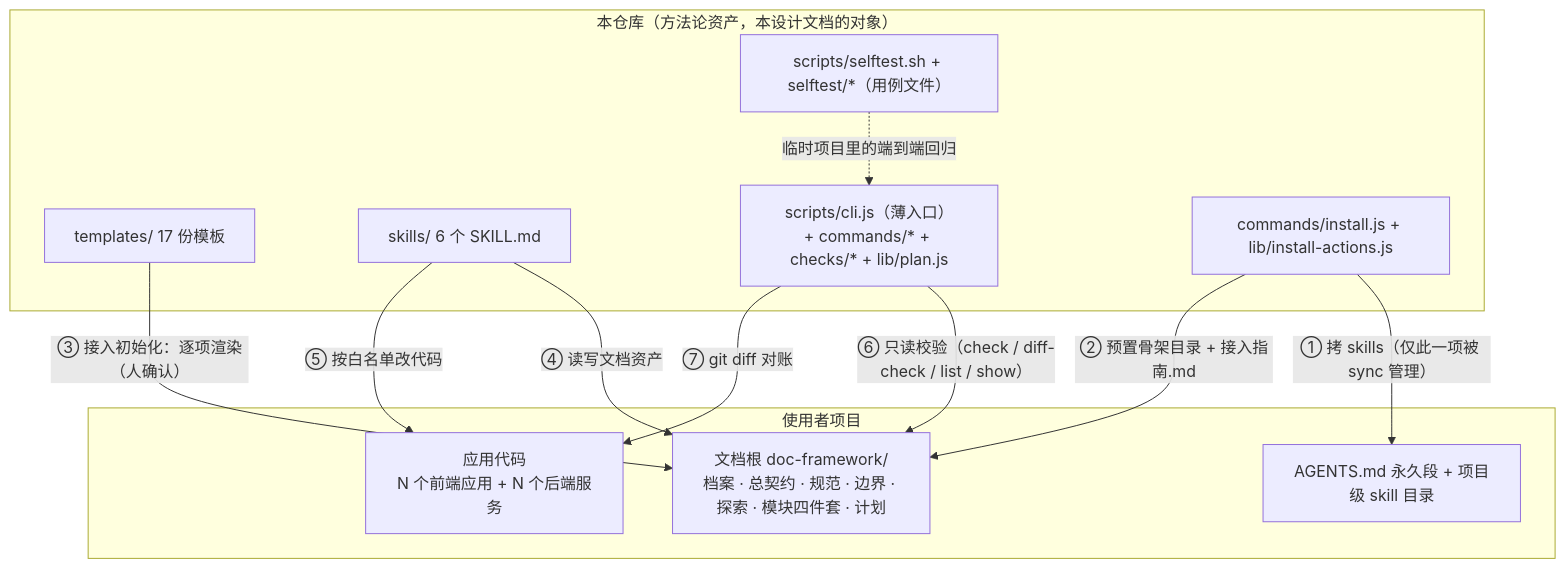
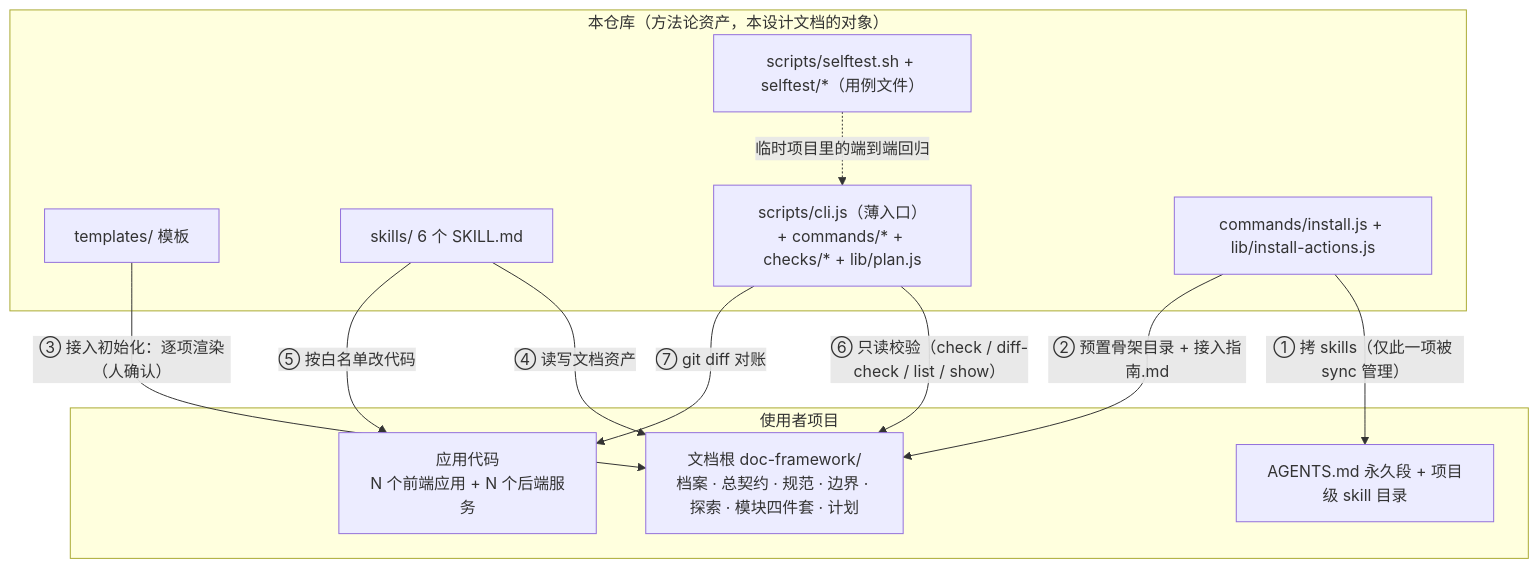
Before and after one commit to knight-peter/doc-framework: the first of 3 diagrams in docs/设计文档.md, drawn with Mermaid. The commit also changed other lines of this file and 7 other files, not shown here.

````diff
--- a/docs/设计文档.md
+++ b/docs/设计文档.md
@@ -40,23 +40,23 @@
 ```mermaid
 flowchart TB
     subgraph REPO["本仓库（方法论资产，本设计文档的对象）"]
-        TPL["templates/ 17 份模板"]
+        TPL["templates/ 模板"]
         SKL["skills/ 6 个 SKILL.md"]
         CLI["scripts/cli.js（薄入口）<br/>+ commands/* + checks/* + lib/plan.js"]
         INS["commands/install.js + lib/install-actions.js"]
         ST["scripts/selftest.sh + selftest/*（用例文件）"]
     end
     subgraph PROJ["使用者项目"]
         DOC["文档根 doc-framework/<br/>档案 · 总契约 · 规范 · 边界 · 探索 · 模块四件套 · 计划"]
         CODE["应用代码<br/>N 个前端应用 + N 个后端服务"]
         AG["AGENTS.md 永久段 + 项目级 skill 目录"]
     end
     INS -->|"① 拷 skills（仅此一项被 sync 管理）"| AG
     INS -->|"② 预置骨架目录 + 接入指南.md"| DOC
     TPL -->|"③ 接入初始化：逐项渲染（人确认）"| DOC
     SKL -->|"④ 读写文档资产"| DOC
     SKL -->|"⑤ 按白名单改代码"| CODE
     CLI -->|"⑥ 只读校验（check / diff-check / list / show）"| DOC
     CLI -->|"⑦ git diff 对账"| CODE
     ST -.->|"临时项目里的端到端回归"| CLI
 ```
````
